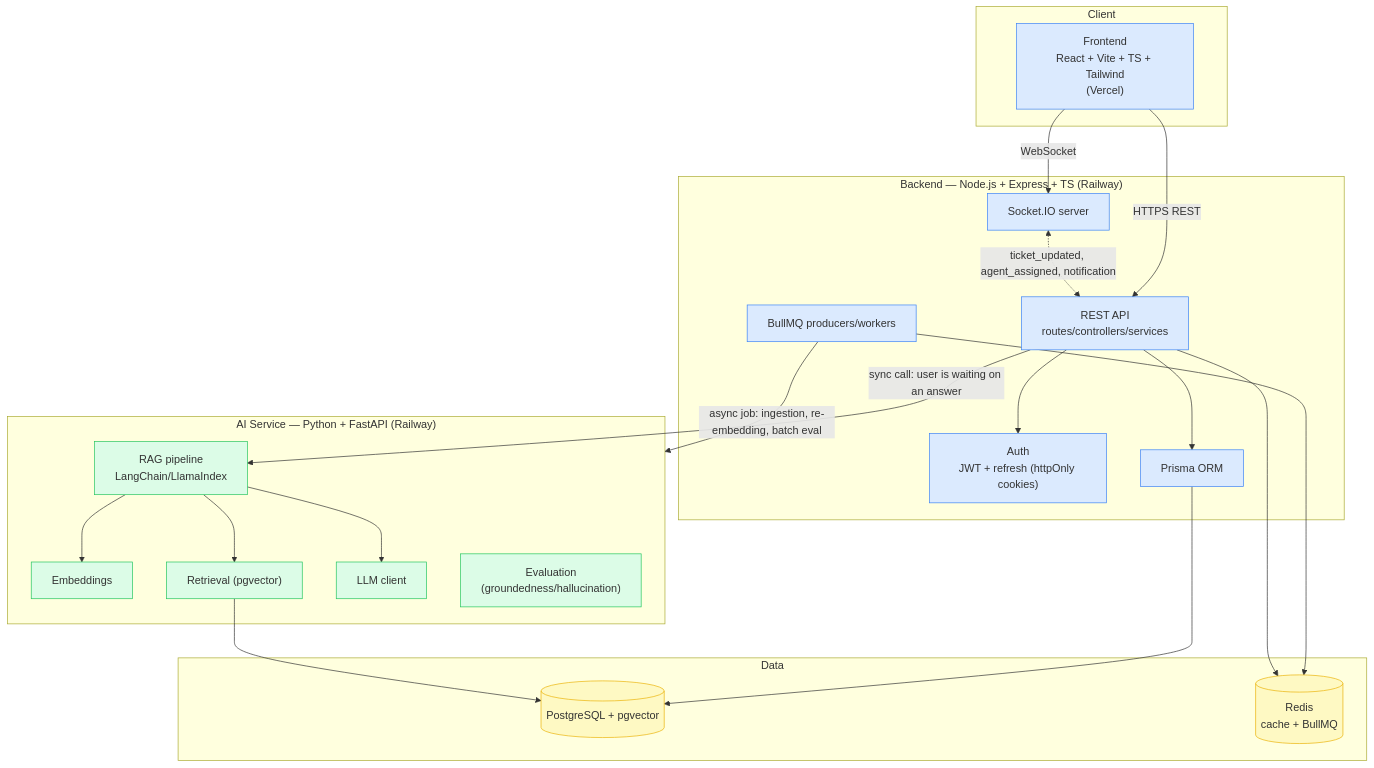
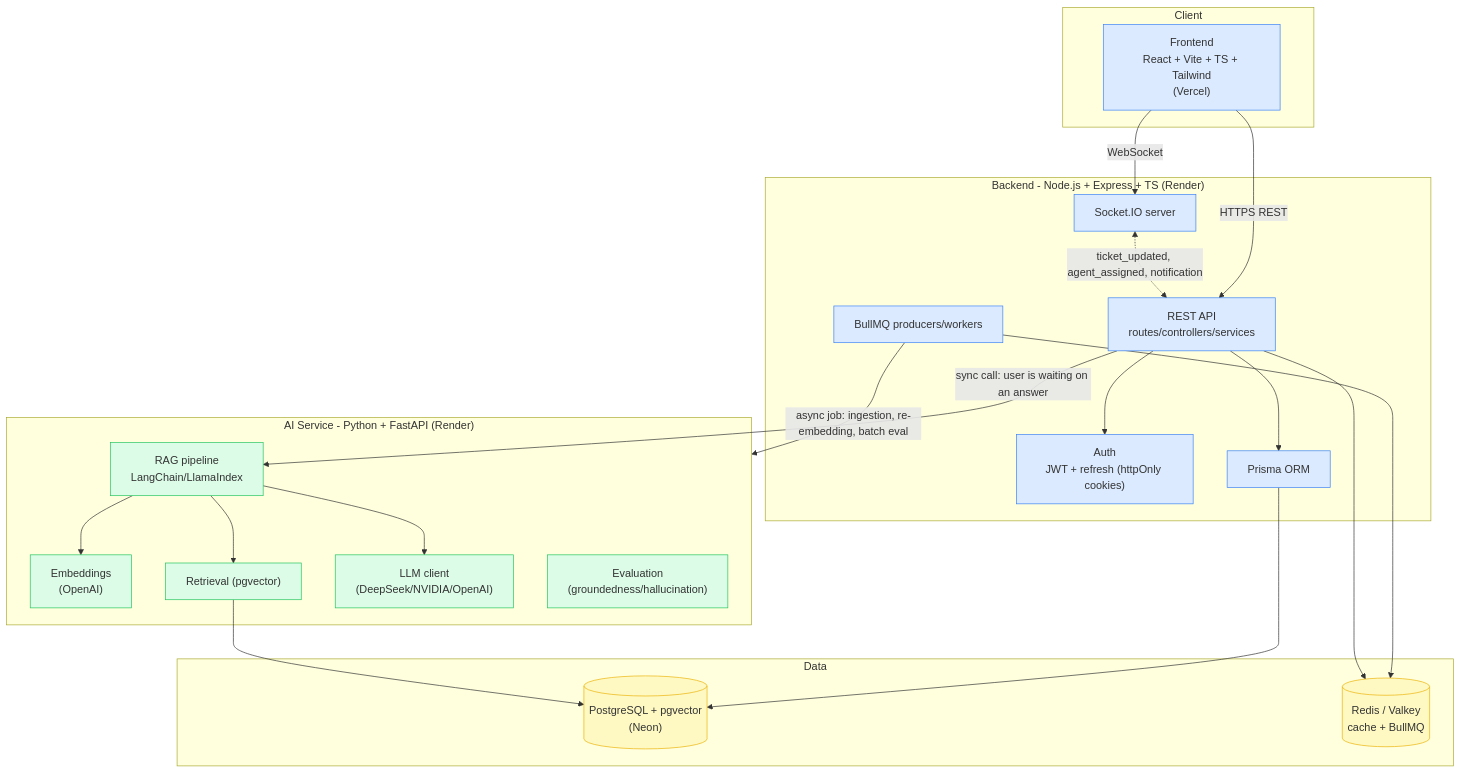
One commit to Desmond-Ed/ai-support-platform changed the diagram in docs/architecture.md. Above: the diagram before and after it, drawn with Mermaid. The commit also changed other lines of this file and 31 other files, not shown here.

````diff
--- a/docs/architecture.md
+++ b/docs/architecture.md
@@ -8,48 +8,48 @@
 ```mermaid
 flowchart TB
     subgraph Client
         FE["Frontend<br/>React + Vite + TS + Tailwind<br/>(Vercel)"]
     end
 
-    subgraph NodeBackend["Backend — Node.js + Express + TS (Railway)"]
+    subgraph NodeBackend["Backend - Node.js + Express + TS (Render)"]
         API["REST API<br/>routes/controllers/services"]
         AUTH["Auth<br/>JWT + refresh (httpOnly cookies)"]
         SOCK["Socket.IO server"]
         QUEUE["BullMQ producers/workers"]
         PRISMA["Prisma ORM"]
     end
 
-    subgraph AIService["AI Service — Python + FastAPI (Railway)"]
+    subgraph AIService["AI Service - Python + FastAPI (Render)"]
         RAG["RAG pipeline<br/>LangChain/LlamaIndex"]
-        EMB["Embeddings"]
+        EMB["Embeddings<br/>(OpenAI)"]
         RET["Retrieval (pgvector)"]
-        LLM["LLM client"]
+        LLM["LLM client<br/>(DeepSeek/NVIDIA/OpenAI)"]
         EVAL["Evaluation<br/>(groundedness/hallucination)"]
     end
 
     subgraph Data
-        PG[("PostgreSQL + pgvector")]
-        RD[("Redis<br/>cache + BullMQ")]
+        PG[("PostgreSQL + pgvector<br/>(Neon)")]
+        RD[("Redis / Valkey<br/>cache + BullMQ")]
     end
 
     FE -- "HTTPS REST" --> API
     FE -- "WebSocket" --> SOCK
     API --> AUTH
     API --> PRISMA
     API -- "sync call: user is waiting on an answer" --> RAG
     QUEUE -- "async job: ingestion, re-embedding, batch eval" --> AIService
     SOCK <-.->|"ticket_updated, agent_assigned, notification"| API
     PRISMA --> PG
     RAG --> RET --> PG
     RAG --> EMB
     RAG --> LLM
     QUEUE --> RD
     API --> RD
 
     classDef node fill:#dbeafe,stroke:#3b82f6
     classDef python fill:#dcfce7,stroke:#22c55e
     classDef data fill:#fef9c3,stroke:#eab308
     class API,AUTH,SOCK,QUEUE,PRISMA node
     class RAG,EMB,RET,LLM,EVAL python
     class PG,RD data
 ```
````
